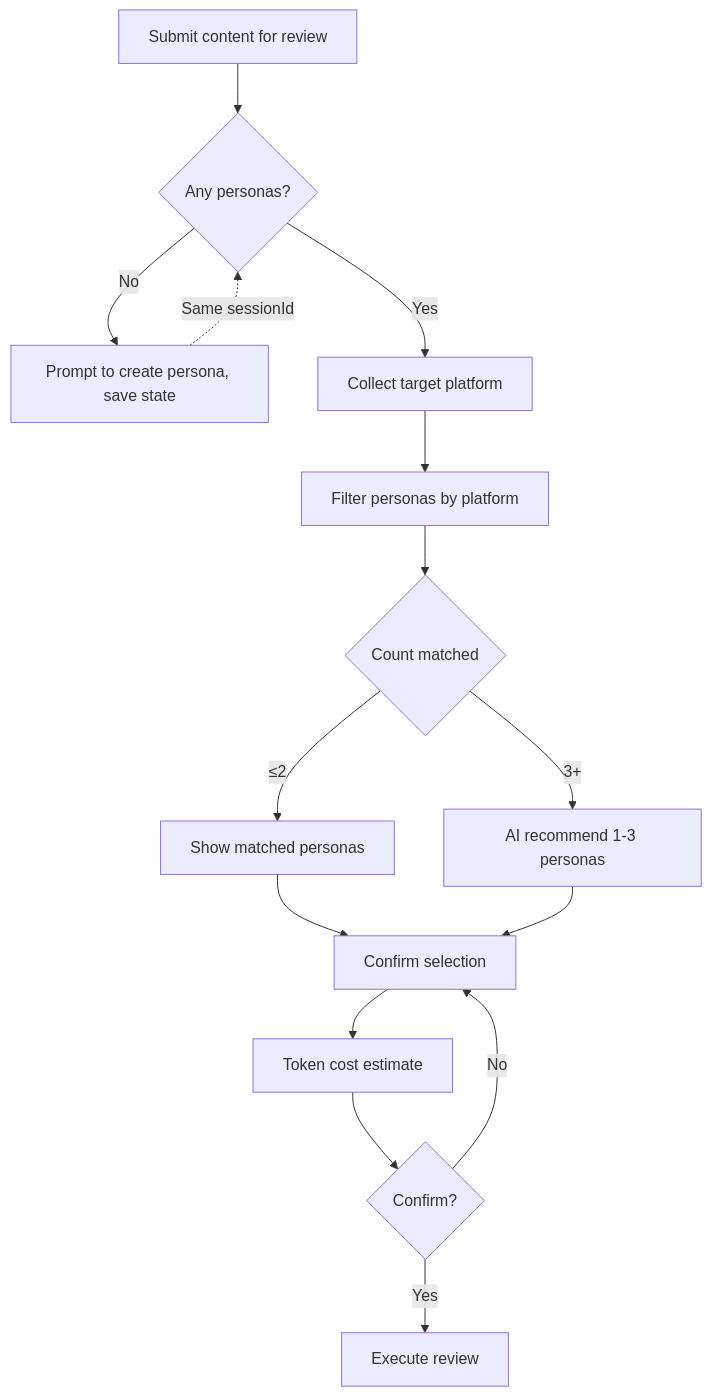
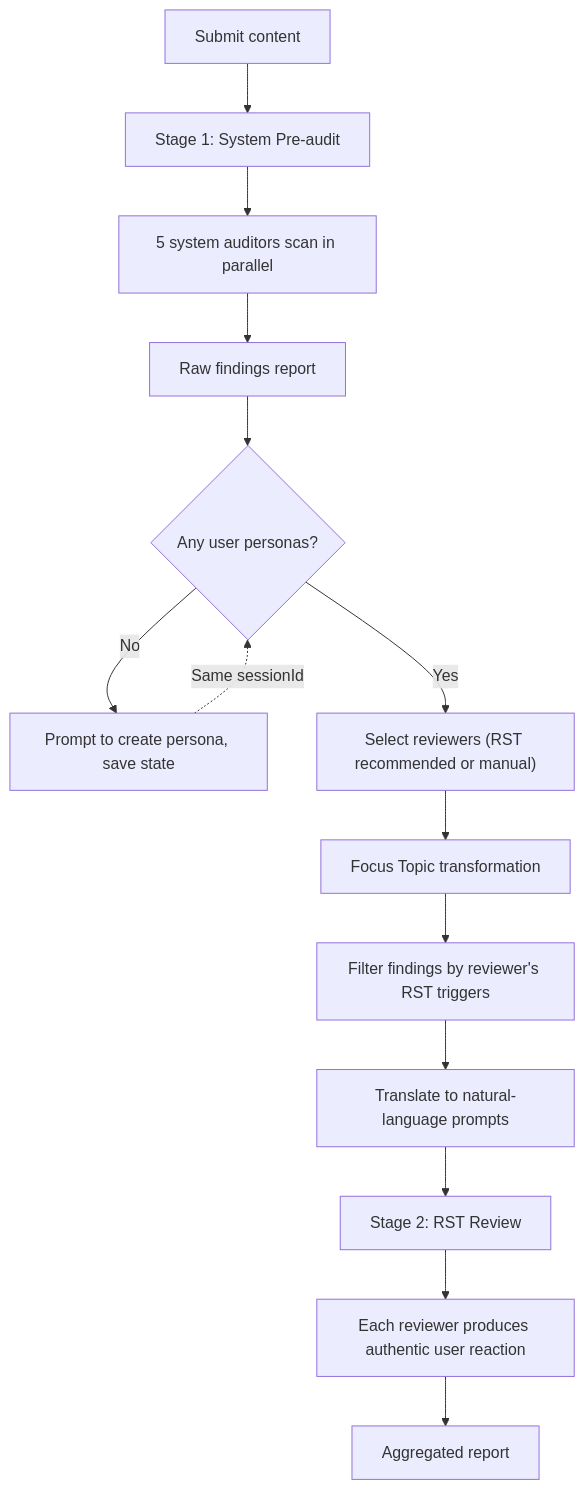
Before and after one commit to ChurzeXo/kevlar-4u: the first of 3 diagrams in README.md, drawn with Mermaid. The commit also changed other lines of this file and 15 other files, not shown here.

````diff
--- a/README.md
+++ b/README.md
@@ -108,17 +108,16 @@
 ```mermaid
 flowchart TD
-  A["Submit content for review"] --> B{"Any personas?"}
-  B -->|No| C["Prompt to create persona, save state"]
-  C -.->|"Same sessionId"| B
-  B -->|Yes| D["Collect target platform"]
-  D --> E["Filter personas by platform"]
-  E --> F{"Count matched"}
-  F -->|"≤2"| G["Show matched personas"]
-  F -->|"3+"| H["AI recommend 1-3 personas"]
-  G --> I["Confirm selection"]
-  H --> I
-  I --> J["Token cost estimate"]
-  J --> K{"Confirm?"}
-  K -->|Yes| L["Execute review"]
-  K -->|No| I
+  A["Submit content"] --> B["Stage 1: System Pre-audit"]
+  B --> C["5 system auditors scan in parallel"]
+  C --> D["Raw findings report"]
+  D --> E{"Any user personas?"}
+  E -->|No| F["Prompt to create persona, save state"]
+  F -.->|"Same sessionId"| E
+  E -->|Yes| G["Select reviewers (RST recommended or manual)"]
+  G --> H["Focus Topic transformation"]
+  H --> I["Filter findings by reviewer's RST triggers"]
+  I --> J["Translate to natural-language prompts"]
+  J --> K["Stage 2: RST Review"]
+  K --> L["Each reviewer produces authentic user reaction"]
+  L --> M["Aggregated report"]
 ```
````
